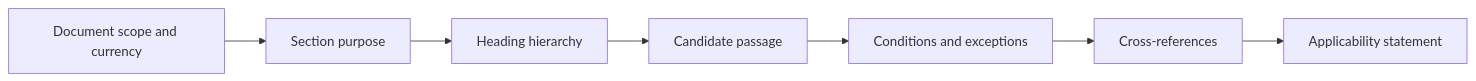
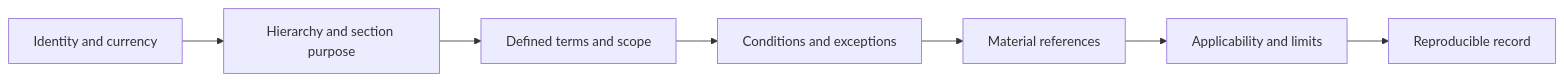
One commit to andrew3stedall/capstone changed the second of 2 diagrams in docs/learning-plans/12-week/modules/day-04-wiring-rules-structure-and-efficient-topic-navigation.md. Above: the diagram before and after it, drawn with Mermaid. The commit also changed other lines of this file, not shown here.

````diff
--- a/docs/learning-plans/12-week/modules/day-04-wiring-rules-structure-and-efficient-topic-navigation.md
+++ b/docs/learning-plans/12-week/modules/day-04-wiring-rules-structure-and-efficient-topic-navigation.md
@@ -146,9 +155,9 @@
 ```mermaid
 flowchart LR
-    D["Document scope and currency"] --> S["Section purpose"]
-    S --> H["Heading hierarchy"]
-    H --> P["Candidate passage"]
-    P --> Q["Conditions and exceptions"]
-    Q --> R["Cross-references"]
-    R --> A["Applicability statement"]
+    I["Identity and currency"] --> H["Hierarchy and section purpose"]
+    H --> D["Defined terms and scope"]
+    D --> Q["Conditions and exceptions"]
+    Q --> R["Material references"]
+    R --> A["Applicability and limits"]
+    A --> P["Reproducible record"]
 ```
````
